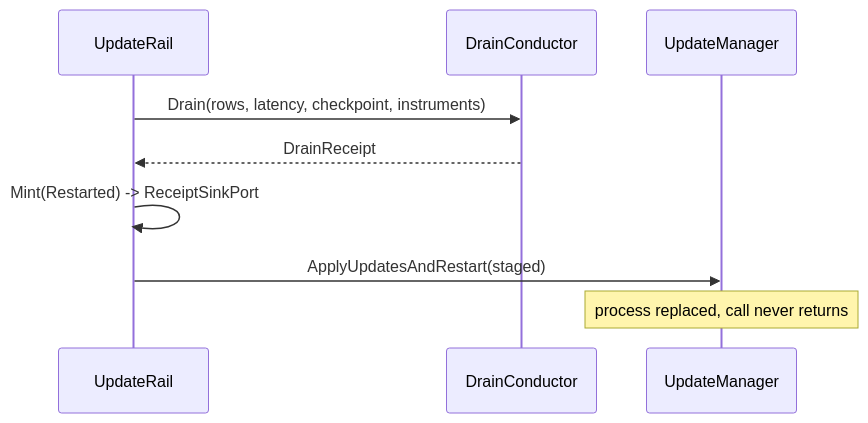
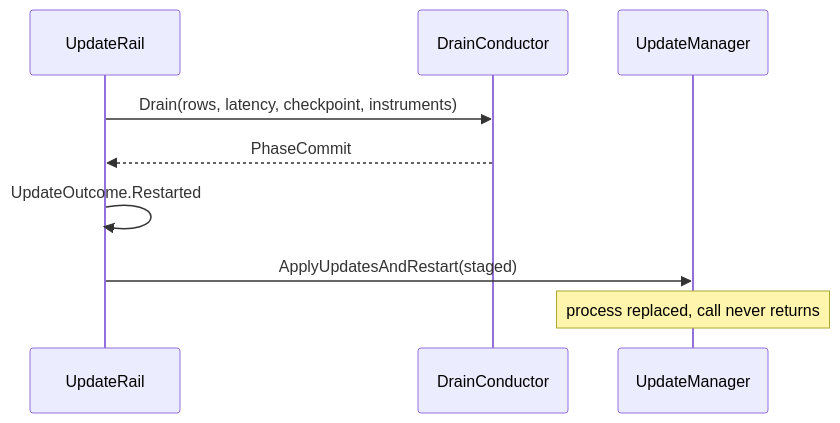
One commit to bsamiee/Rasm changed the second of 2 diagrams in libs/dotnet/Rasm.AppHost/.planning/Sandbox/provisioning.md. Above: the diagram before and after it, drawn with Mermaid. The commit also changed other lines of this file and 1417 other files, not shown here.

````diff
--- a/libs/dotnet/Rasm.AppHost/.planning/Sandbox/provisioning.md
+++ b/libs/dotnet/Rasm.AppHost/.planning/Sandbox/provisioning.md
@@ -457,13 +377,13 @@
 ```mermaid
 sequenceDiagram
     accTitle: Drain-gated restart handoff
     accDescr: UpdateRail drains the node, seals the latency ledger, records rollover, and hands restart to Velopack.
     participant Rail as UpdateRail
     participant Drain as DrainConductor
     participant Velopack as UpdateManager
     Rail->>Drain: Drain(rows, latency, checkpoint, instruments)
-    Drain-->>Rail: DrainReceipt
-    Rail->>Rail: Mint(Restarted) -> ReceiptSinkPort
+    Drain-->>Rail: PhaseCommit
+    Rail->>Rail: UpdateOutcome.Restarted
     Rail->>Velopack: ApplyUpdatesAndRestart(staged)
     Note over Velopack: process replaced, call never returns
 ```
````
